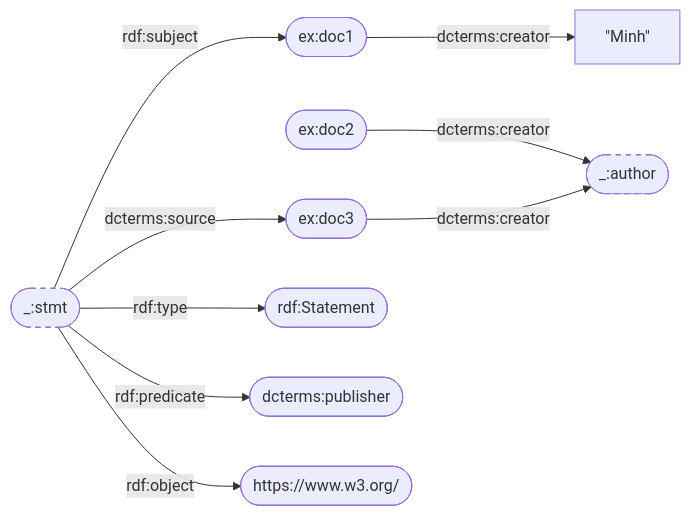
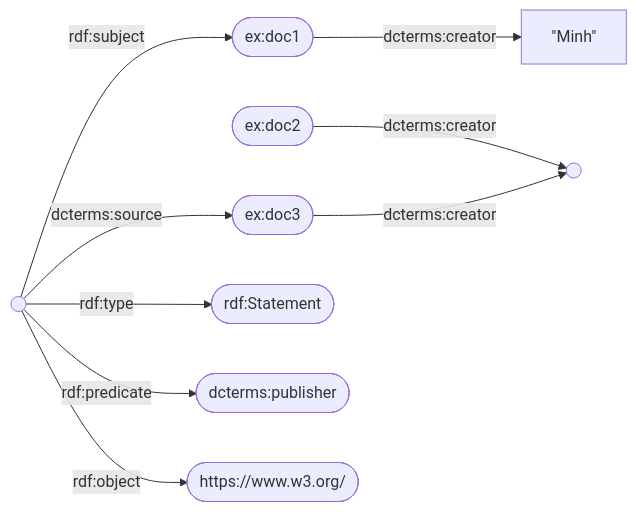
The first of 5 diagrams in on-tap/01-rdf-rdfs.md (DatDinh0923/SemanticWeb_2025B), drawn with Mermaid before and after one commit. The commit also changed other lines of this file and 105 other files, not shown here.

````diff
--- a/on-tap/01-rdf-rdfs.md
+++ b/on-tap/01-rdf-rdfs.md
@@ -208,13 +208,11 @@
 ```mermaid
 flowchart LR
   doc1([ex:doc1]) -- dcterms:creator --> minh["#quot;Minh#quot;"]
-  doc2([ex:doc2]) -- dcterms:creator --> author([_:author])
+  doc2([ex:doc2]) -- dcterms:creator --> author((" "))
   doc3([ex:doc3]) -- dcterms:creator --> author
-  stmt([_:stmt]) -- rdf:type --> st([rdf:Statement])
+  stmt((" ")) -- rdf:type --> st([rdf:Statement])
   stmt -- rdf:subject --> doc1
   stmt -- rdf:predicate --> pub([dcterms:publisher])
   stmt -- rdf:object --> w3c([https://www.w3.org/])
   stmt -- dcterms:source --> doc3
-  classDef bnode stroke-dasharray: 5 5
-  class author,stmt bnode
 ```
````
